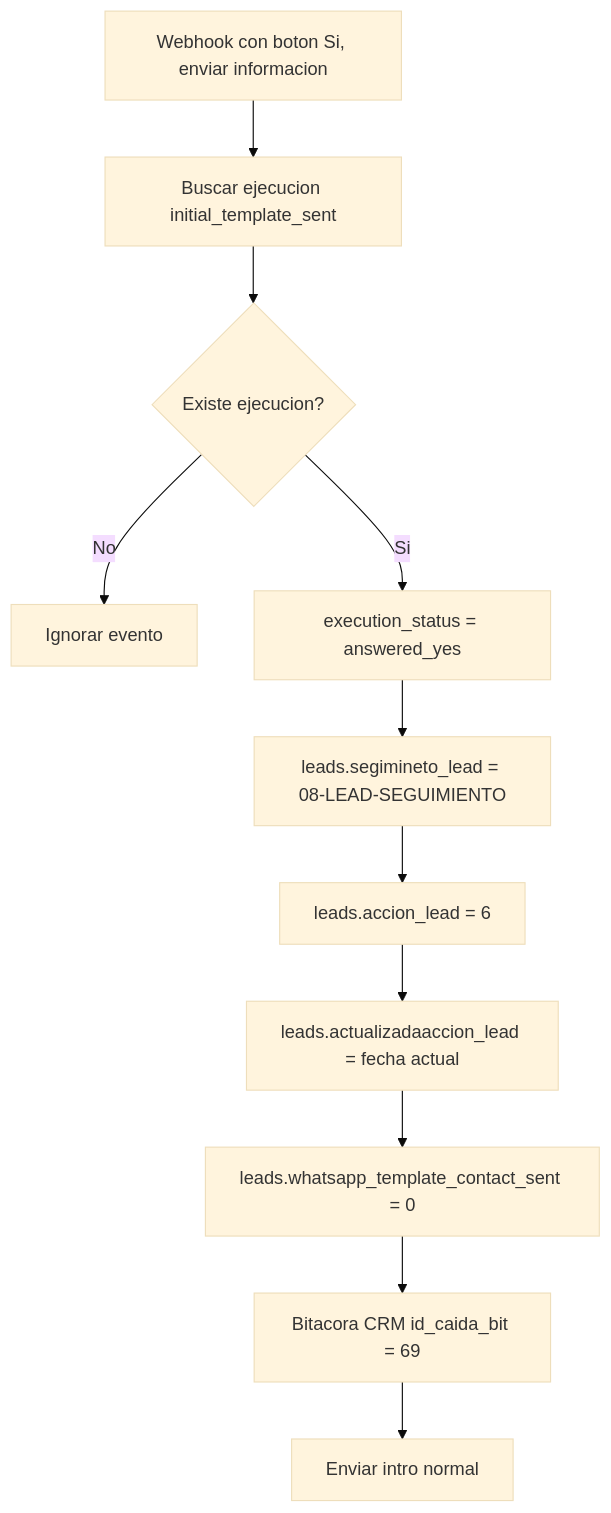
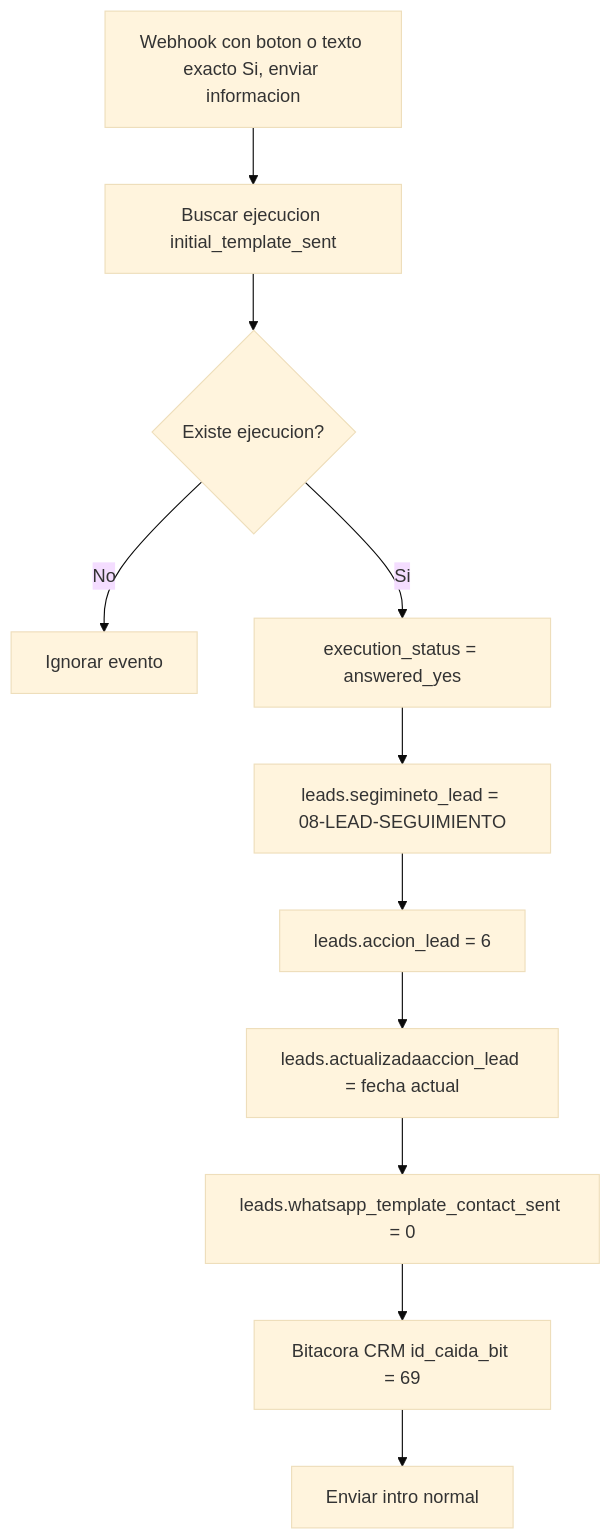
Before and after one commit to roccacr/CRM_VENTAS: the fifth of 7 diagrams in README.md, drawn with Mermaid (base theme). The commit also changed other lines of this file and 2 other files, not shown here.

Commit message:
Refine Kapso message processing to include exact text responses and update documentation accordingly. Enhance handling of user inputs by allowing specific text matches for 'Si, enviar informacion' and 'No, gracias', while ignoring ambiguous responses. Update tests to reflect new processing rules.

````diff
--- a/README.md
+++ b/README.md
@@ -356,13 +358,13 @@
 ```mermaid
 flowchart TD
-  A["Webhook con boton Si, enviar informacion"] --> B["Buscar ejecucion initial_template_sent"]
+  A["Webhook con boton o texto exacto Si, enviar informacion"] --> B["Buscar ejecucion initial_template_sent"]
   B --> C{"Existe ejecucion?"}
   C -- "No" --> X["Ignorar evento"]
   C -- "Si" --> D["execution_status = answered_yes"]
   D --> E["leads.segimineto_lead = 08-LEAD-SEGUIMIENTO"]
   E --> F["leads.accion_lead = 6"]
   F --> G["leads.actualizadaaccion_lead = fecha actual"]
   G --> H["leads.whatsapp_template_contact_sent = 0"]
   H --> I["Bitacora CRM id_caida_bit = 69"]
   I --> J["Enviar intro normal"]
 ```
````
